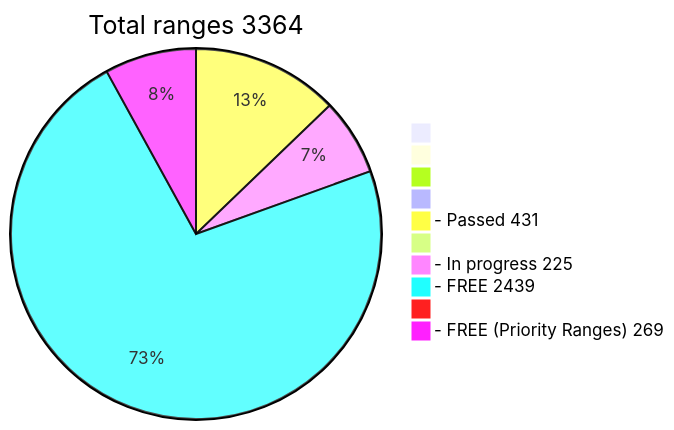
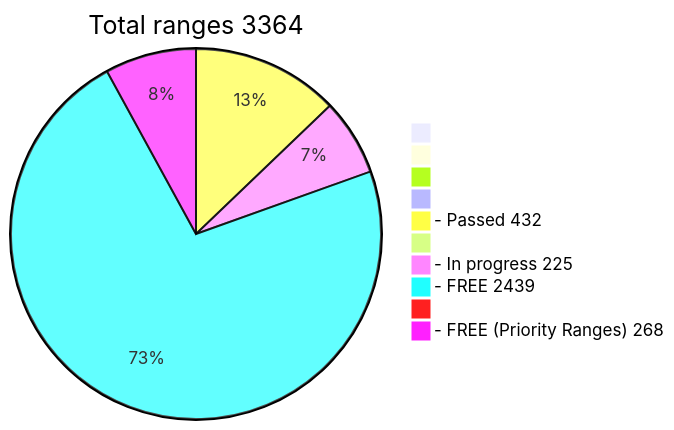
Before and after one commit to phrutis/wif500: the diagram in README.md, drawn with Mermaid.

````diff
--- a/README.md
+++ b/README.md
@@ -16,13 +16,13 @@
 ```mermaid
 pie title Total ranges 3364
              " " : 0
             "  " : 0
            "   " : 0
           "    " : 0
-  "- Passed 431" : 431
+  "- Passed 432" : 432
          "     " : 0
   "- In progress 225" : 225
    "- FREE 2439" : 2439
         "      " : 0
-  "- FREE (Priority Ranges) 269" : 269
+  "- FREE (Priority Ranges) 268" : 268
 ```
````
